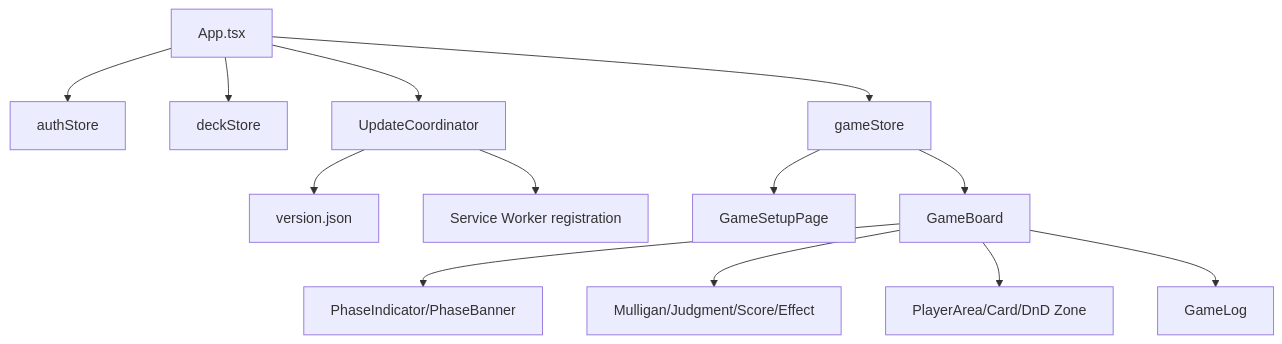
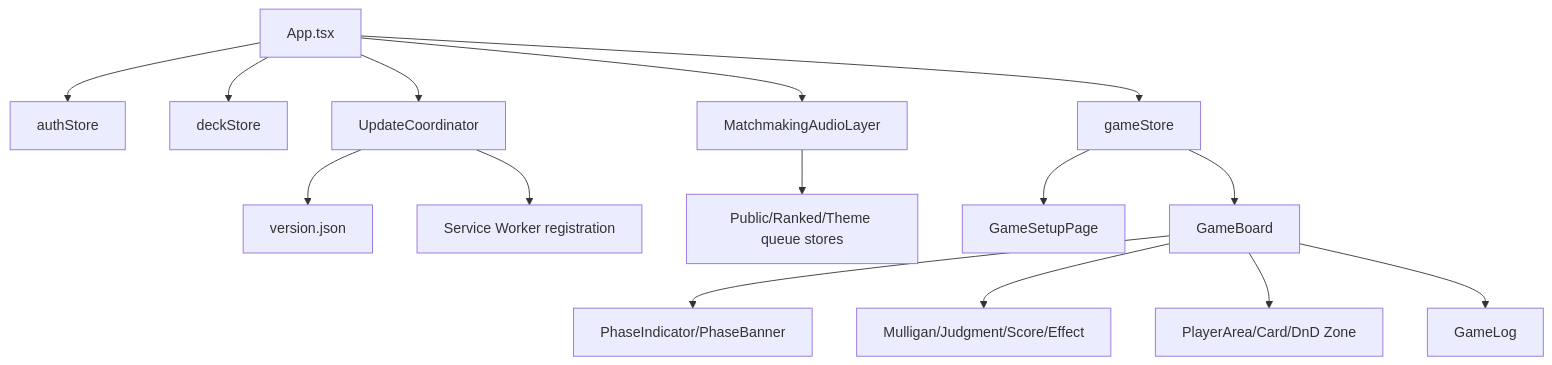
One commit to catmeow123456/loveca-dev changed the sixth of 9 diagrams in docs/system-design.md. Above: the diagram before and after it, drawn with Mermaid. The commit also changed other lines of this file and 12 other files, not shown here.

````diff
--- a/docs/system-design.md
+++ b/docs/system-design.md
@@ -320,18 +320,21 @@
 ```mermaid
 graph TB
     App[App.tsx] --> Auth[authStore]
     App --> Deck[deckStore]
     App --> Game[gameStore]
     App --> Update[UpdateCoordinator]
+    App --> MatchAudio[MatchmakingAudioLayer]
 
     Update --> Manifest[version.json]
     Update --> SW[Service Worker registration]
+
+    MatchAudio --> DeckQueue[Public/Ranked/Theme queue stores]
 
     Game --> SetupPage[GameSetupPage]
     Game --> Board[GameBoard]
 
     Board --> PhaseUI[PhaseIndicator/PhaseBanner]
     Board --> Panels[Mulligan/Judgment/Score/Effect]
     Board --> Areas[PlayerArea/Card/DnD Zone]
     Board --> Logs[GameLog]
 ```
````
